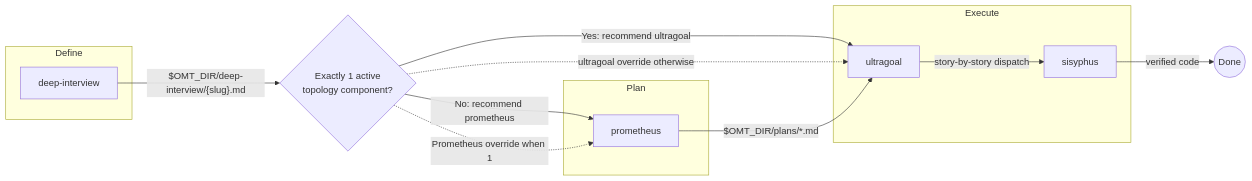
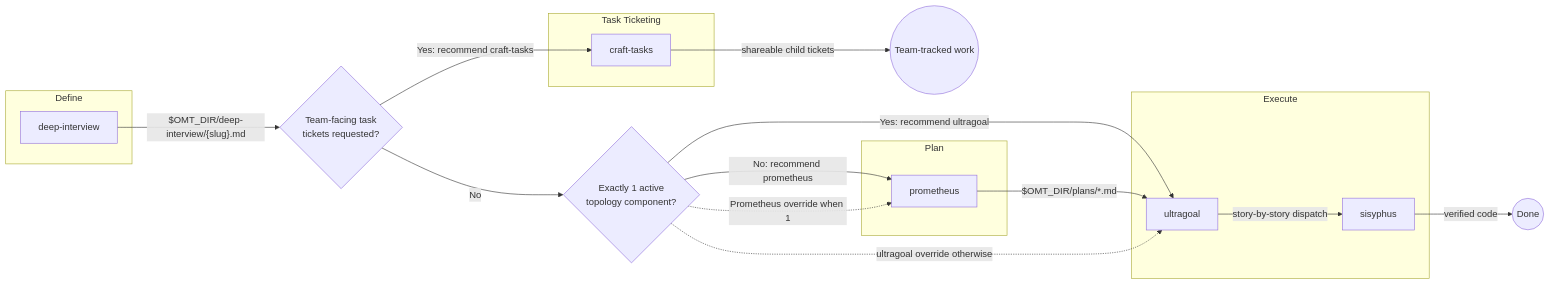
One commit to toongri/oh-my-toong-playground changed the first of 4 diagrams in docs/skills/core-pipeline.en.md. Above: the diagram before and after it, drawn with Mermaid. The commit also changed other lines of this file and 1 other file, not shown here.

````diff
--- a/docs/skills/core-pipeline.en.md
+++ b/docs/skills/core-pipeline.en.md
@@ -44,22 +45,28 @@
 ```mermaid
 flowchart LR
     subgraph Define
         deep["deep-interview"]
+    end
+    subgraph Task Ticketing
+        craft["craft-tasks"]
     end
     subgraph Plan
         prometheus["prometheus"]
     end
     subgraph Execute
         ultragoal["ultragoal"]
         sisyphus["sisyphus"]
     end
 
-    deep -->|"$OMT_DIR/deep-interview/{slug}.md"| Route{Exactly 1 active<br/>topology component?}
+    deep -->|"$OMT_DIR/deep-interview/{slug}.md"| Shape{Team-facing task<br/>tickets requested?}
+    Shape -->|Yes: recommend craft-tasks| craft
+    Shape -->|No| Route{Exactly 1 active<br/>topology component?}
     Route -->|Yes: recommend ultragoal| ultragoal
     Route -->|No: recommend prometheus| prometheus
     Route -.->|Prometheus override when 1| prometheus
     Route -.->|ultragoal override otherwise| ultragoal
+    craft -->|"shareable child tickets"| Tickets((Team-tracked work))
     prometheus -->|"$OMT_DIR/plans/*.md"| ultragoal
     ultragoal -->|"story-by-story dispatch"| sisyphus
     sisyphus -->|"verified code"| Done((Done))
 ```
````
